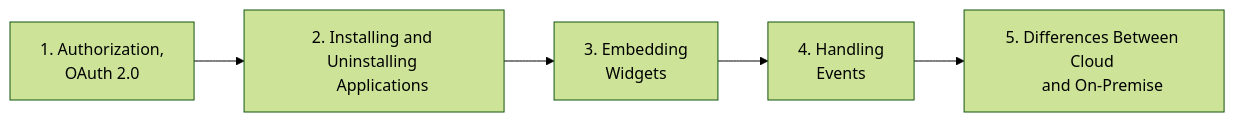
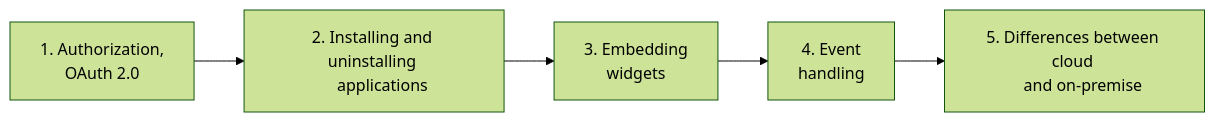
Before and after one commit to bitrix24/b24restdocs: the diagram in api-reference/index.md, drawn with Mermaid. The commit also changed other lines of this file and 72 other files, not shown here.

````diff
--- a/api-reference/index.md
+++ b/api-reference/index.md
@@ -9,18 +9,18 @@
 ```mermaid
 %%{init: { "theme": "forest" } }%%
 flowchart LR
     1[1. Authorization, 
     OAuth 2.0]
-    2[2. Installing and Uninstalling 
-    Applications]
+    2[2. Installing and uninstalling 
+    applications]
     3[3. Embedding 
-    Widgets]
-    4[4. Handling 
-    Events]
-    5[5. Differences Between Cloud 
-    and On-Premise]
+    widgets]
+    4[4. Event 
+    handling]
+    5[5. Differences between cloud 
+    and on-premise]
     1 --> 2
     2 --> 3
     3 --> 4
     4 --> 5
 ```
````
